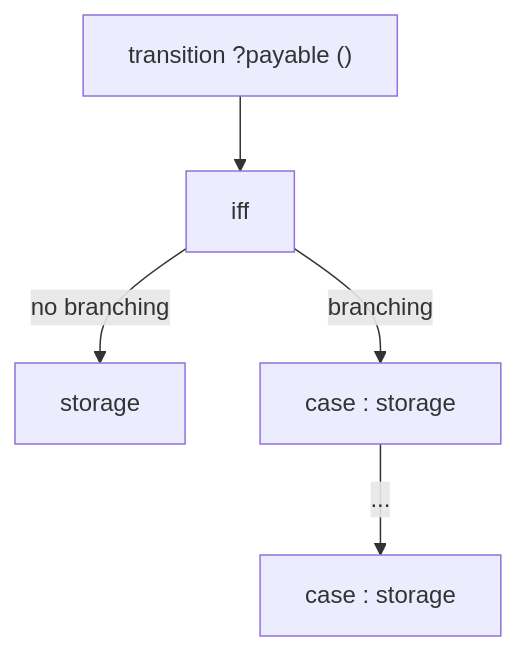
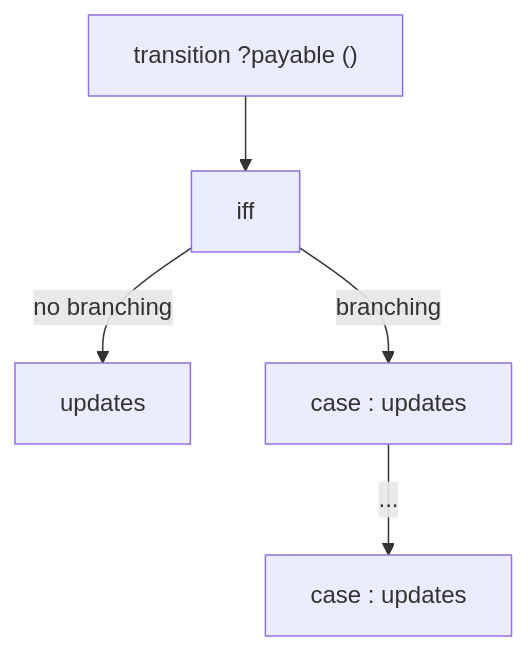
The second of 2 diagrams in doc/src/transitions.md (argotorg/act), drawn with Mermaid before and after one commit. The commit also changed other lines of this file and 18 other files, not shown here.

````diff
--- a/doc/src/transitions.md
+++ b/doc/src/transitions.md
@@ -23,7 +23,7 @@
 ```mermaid
 graph TD
     A["transition <name> ?payable (<parameters>) "] --> I["iff <condition>"]
-    I -->|no branching| J["storage <updates>"]
-    I -->|branching| K["case <condition> : storage <updates>"]  
-    K --> |...| L["case <condition> : storage <updates>"]
+    I -->|no branching| J["updates <storage>"]
+    I -->|branching| K["case <condition> : updates <storage>"]  
+    K --> |...| L["case <condition> : updates <storage>"]
 ```
````
